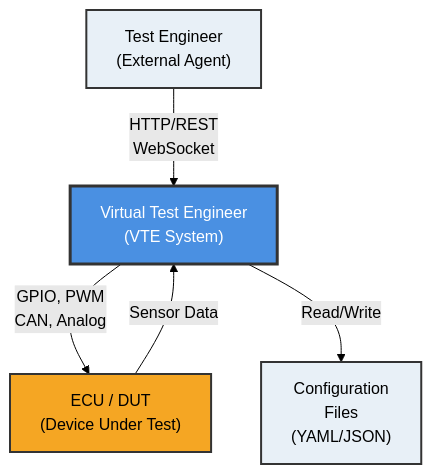
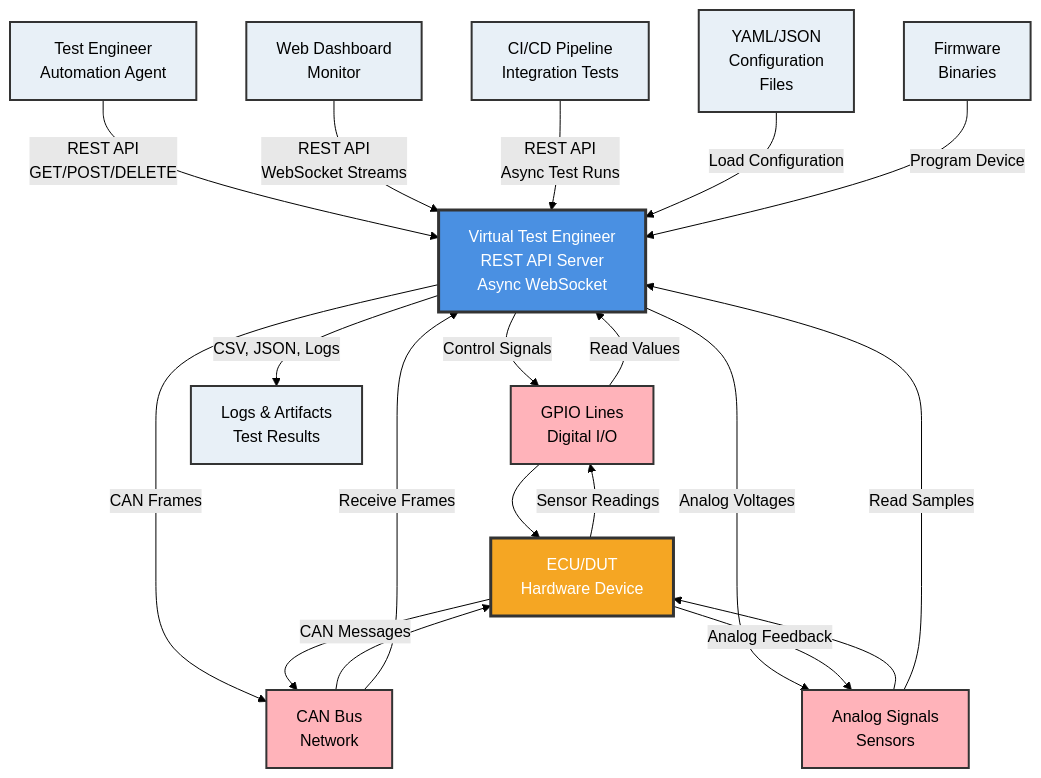
One commit to pvkarthikk/software_defined_test_bench changed the diagram in README.md. Above: the diagram before and after it, drawn with Mermaid (forest theme). The commit also changed other lines of this file and 4 other files, not shown here.

Commit message:
more detailed diagram added

````diff
--- a/README.md
+++ b/README.md
@@ -17,12 +17,53 @@
 ```mermaid
 graph TD
-    A["Test Engineer<br/>(External Agent)"] -->|"HTTP/REST<br/>WebSocket"| VTE["Virtual Test Engineer<br/>(VTE System)"]
-    VTE -->|"GPIO, PWM<br/>CAN, Analog"| ECU["ECU / DUT<br/>(Device Under Test)"]
-    VTE -->|"Read/Write"| Config["Configuration<br/>Files<br/>(YAML/JSON)"]
-    ECU -->|"Sensor Data"| VTE
+    A["Test Engineer<br/>Automation Agent"]
+    W["Web Dashboard<br/>Monitor"]
+    CI["CI/CD Pipeline<br/>Integration Tests"]
+    
+    VTE["Virtual Test Engineer<br/>REST API Server<br/>Async WebSocket"]
+    
+    ECU["ECU/DUT<br/>Hardware Device"]
+    GPIO_HW["GPIO Lines<br/>Digital I/O"]
+    CAN_HW["CAN Bus<br/>Network"]
+    ANALOG_HW["Analog Signals<br/>Sensors"]
+    
+    Config["YAML/JSON<br/>Configuration<br/>Files"]
+    Firmware["Firmware<br/>Binaries"]
+    Logs["Logs & Artifacts<br/>Test Results"]
+    
+    A -->|"REST API<br/>GET/POST/DELETE"| VTE
+    W -->|"REST API<br/>WebSocket Streams"| VTE
+    CI -->|"REST API<br/>Async Test Runs"| VTE
+    
+    VTE -->|"Control Signals"| GPIO_HW
+    VTE -->|"CAN Frames"| CAN_HW
+    VTE -->|"Analog Voltages"| ANALOG_HW
+    
+    GPIO_HW --> ECU
+    CAN_HW --> ECU
+    ANALOG_HW --> ECU
+    
+    ECU -->|"Sensor Readings"| GPIO_HW
+    ECU -->|"CAN Messages"| CAN_HW
+    ECU -->|"Analog Feedback"| ANALOG_HW
+    
+    GPIO_HW -->|"Read Values"| VTE
+    CAN_HW -->|"Receive Frames"| VTE
+    ANALOG_HW -->|"Read Samples"| VTE
+    
+    Config -->|"Load Configuration"| VTE
+    Firmware -->|"Program Device"| VTE
+    VTE -->|"CSV, JSON, Logs"| Logs
     
     style VTE fill:#4A90E2,stroke:#333,stroke-width:3px,color:#fff
     style A fill:#E8F0F7,stroke:#333,stroke-width:2px
-    style ECU fill:#F5A623,stroke:#333,stroke-width:2px
+    style W fill:#E8F0F7,stroke:#333,stroke-width:2px
+    style CI fill:#E8F0F7,stroke:#333,stroke-width:2px
+    style ECU fill:#F5A623,stroke:#333,stroke-width:3px,color:#fff
+    style GPIO_HW fill:#FFB3BA,stroke:#333,stroke-width:2px
+    style CAN_HW fill:#FFB3BA,stroke:#333,stroke-width:2px
+    style ANALOG_HW fill:#FFB3BA,stroke:#333,stroke-width:2px
     style Config fill:#E8F0F7,stroke:#333,stroke-width:2px
+    style Firmware fill:#E8F0F7,stroke:#333,stroke-width:2px
+    style Logs fill:#E8F0F7,stroke:#333,stroke-width:2px
 ```
````
